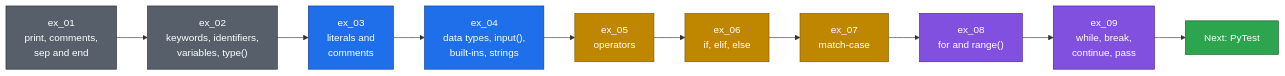
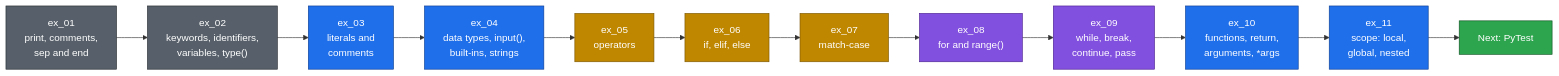
One commit to PramodDutta/AITesterBlueprint4x changed diagram 30 of 40 in README.md. Above: the diagram before and after it, drawn with Mermaid. The commit also changed other lines of this file and 19 other files, not shown here.

First line of the commit message:
feat: add chapter 15 functions and scope

````diff
--- a/README.md
+++ b/README.md
@@ -2145,23 +2149,26 @@
 ```mermaid
 flowchart LR
     A["ex_01<br/>print, comments,<br/>sep and end"] --> B["ex_02<br/>keywords, identifiers,<br/>variables, type()"]
     B --> C["ex_03<br/>literals and<br/>comments"]
     C --> D["ex_04<br/>data types, input(),<br/>built-ins, strings"]
     D --> E["ex_05<br/>operators"]
     E --> F["ex_06<br/>if, elif, else"]
     F --> H["ex_07<br/>match-case"]
     H --> I["ex_08<br/>for and range()"]
     I --> J["ex_09<br/>while, break,<br/>continue, pass"]
-    J --> G["Next: PyTest"]
+    J --> K["ex_10<br/>functions, return,<br/>arguments, *args"]
+    K --> L["ex_11<br/>scope: local,<br/>global, nested"]
+    L --> G["Next: PyTest"]
 
     classDef src fill:#57606a,stroke:#24292f,color:#fff
     classDef ai fill:#1f6feb,stroke:#0b3d91,color:#fff
     classDef gate fill:#bf8700,stroke:#7a5600,color:#fff
     classDef pack fill:#8250df,stroke:#4a1f8f,color:#fff
     classDef out fill:#2da44e,stroke:#0f5323,color:#fff
     class A,B src
     class C,D ai
     class E,F,H gate
     class I,J pack
+    class K,L ai
     class G out
 ```
````
